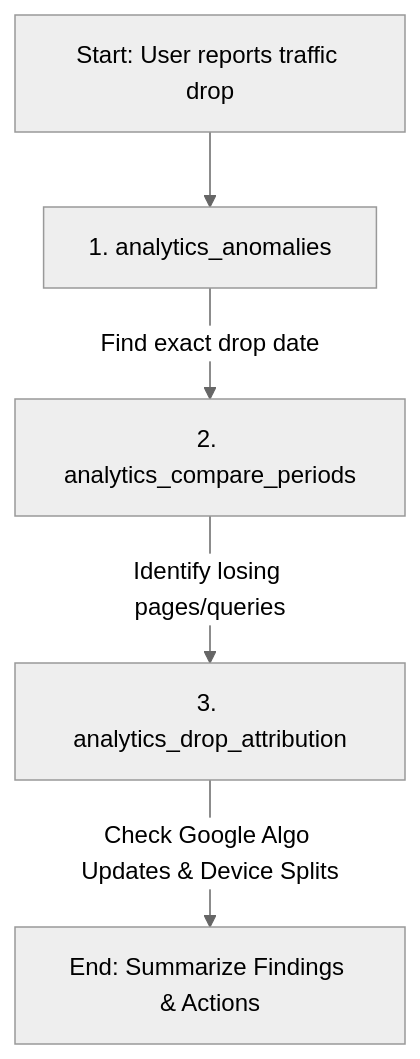
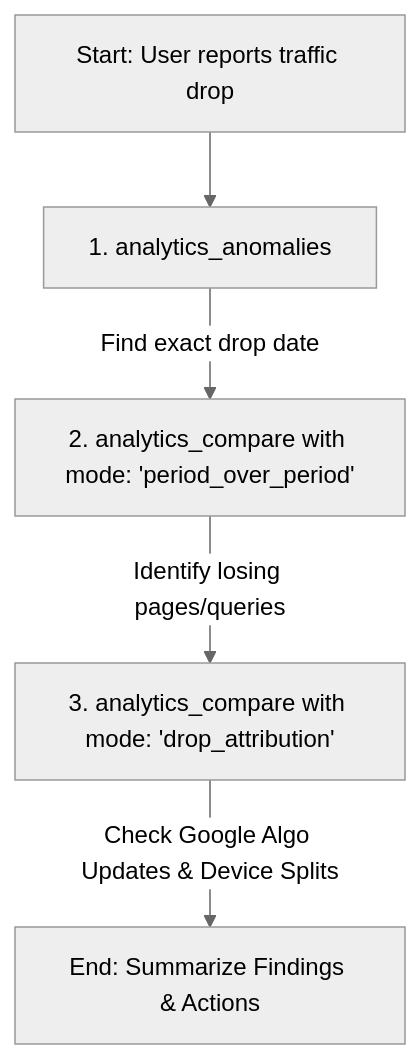
The diagram in .agent/search-console-mcp/SKILL.md (brendanerofeev/search-console-mcp), drawn with Mermaid (neutral theme) before and after one commit. The commit also changed other lines of this file and 10 other files, not shown here.

Commit message:
docs: rewrite documentation for v2.0 fluent domain architecture, add backward compatibility guide and links

````diff
--- a/.agent/search-console-mcp/SKILL.md
+++ b/.agent/search-console-mcp/SKILL.md
@@ -57,7 +44,7 @@
 ```mermaid
 graph TD
     A[Start: User reports traffic drop] --> B[1. analytics_anomalies]
-    B -->|Find exact drop date| C[2. analytics_compare_periods]
-    C -->|Identify losing pages/queries| D[3. analytics_drop_attribution]
+    B -->|Find exact drop date| C[2. analytics_compare with mode: 'period_over_period']
+    C -->|Identify losing pages/queries| D[3. analytics_compare with mode: 'drop_attribution']
     D -->|Check Google Algo Updates & Device Splits| E[End: Summarize Findings & Actions]
 ```
````
